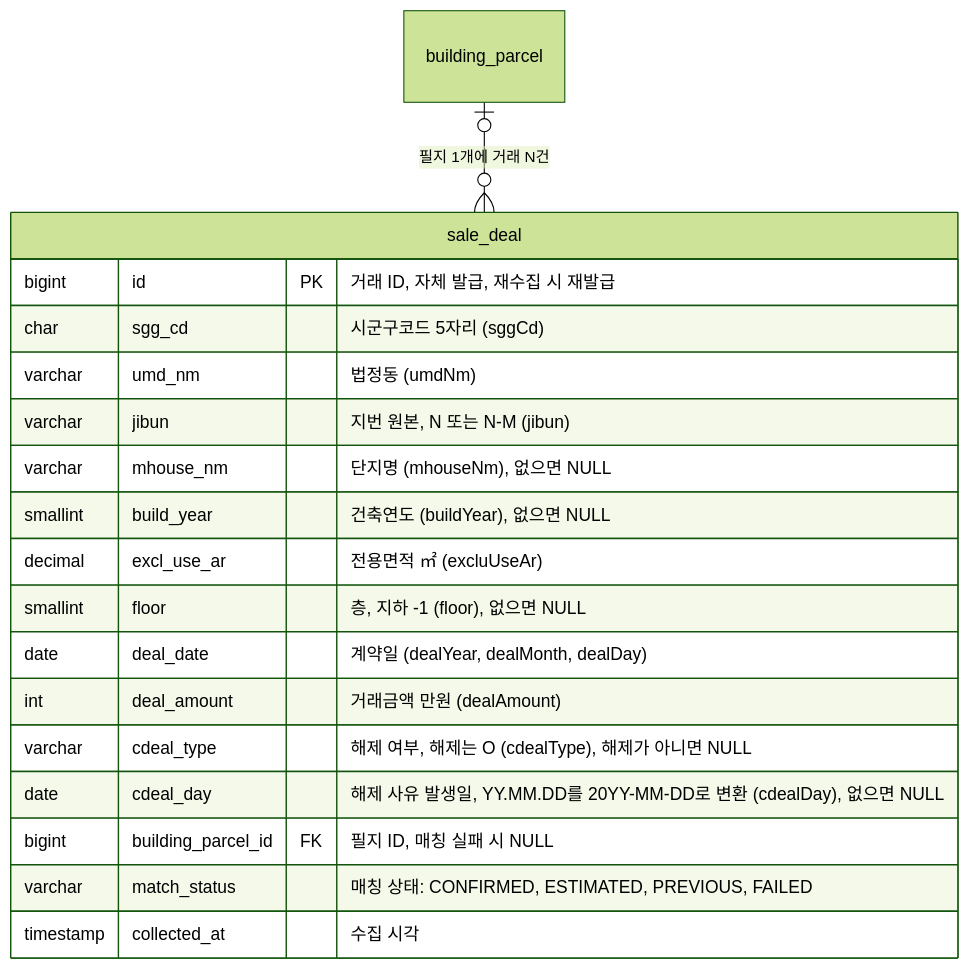
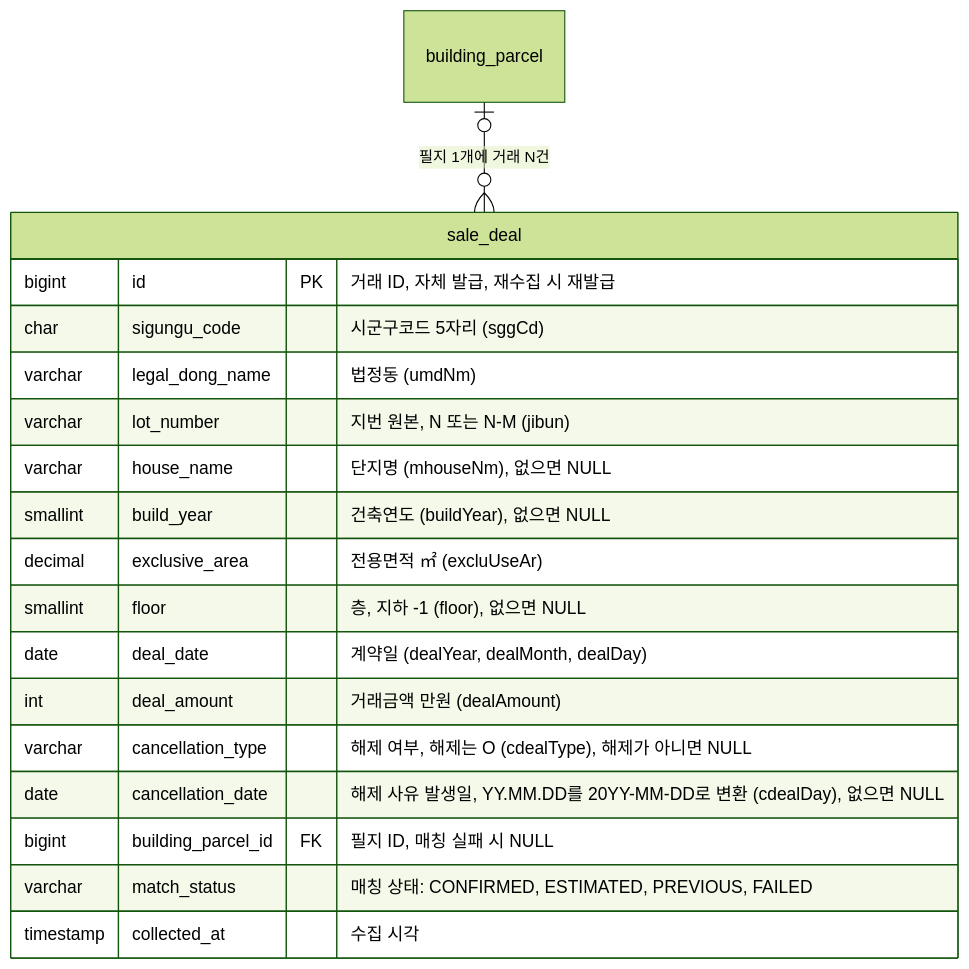
One commit to f-lab-edu/jipsee changed the seventh of 8 diagrams in docs/erd.md. Above: the diagram before and after it, drawn with Mermaid (forest theme). The commit also changed other lines of this file, not shown here.

````diff
--- a/docs/erd.md
+++ b/docs/erd.md
@@ -166,21 +166,21 @@
 ```mermaid
 erDiagram
     building_parcel |o--o{ sale_deal : "필지 1개에 거래 N건"
     sale_deal {
         bigint id PK "거래 ID, 자체 발급, 재수집 시 재발급"
-        char sgg_cd "시군구코드 5자리 (sggCd)"
-        varchar umd_nm "법정동 (umdNm)"
-        varchar jibun "지번 원본, N 또는 N-M (jibun)"
-        varchar mhouse_nm "단지명 (mhouseNm), 없으면 NULL"
+        char sigungu_code "시군구코드 5자리 (sggCd)"
+        varchar legal_dong_name "법정동 (umdNm)"
+        varchar lot_number "지번 원본, N 또는 N-M (jibun)"
+        varchar house_name "단지명 (mhouseNm), 없으면 NULL"
         smallint build_year "건축연도 (buildYear), 없으면 NULL"
-        decimal excl_use_ar "전용면적 ㎡ (excluUseAr)"
+        decimal exclusive_area "전용면적 ㎡ (excluUseAr)"
         smallint floor "층, 지하 -1 (floor), 없으면 NULL"
         date deal_date "계약일 (dealYear, dealMonth, dealDay)"
         int deal_amount "거래금액 만원 (dealAmount)"
-        varchar cdeal_type "해제 여부, 해제는 O (cdealType), 해제가 아니면 NULL"
-        date cdeal_day "해제 사유 발생일, YY.MM.DD를 20YY-MM-DD로 변환 (cdealDay), 없으면 NULL"
+        varchar cancellation_type "해제 여부, 해제는 O (cdealType), 해제가 아니면 NULL"
+        date cancellation_date "해제 사유 발생일, YY.MM.DD를 20YY-MM-DD로 변환 (cdealDay), 없으면 NULL"
         bigint building_parcel_id FK "필지 ID, 매칭 실패 시 NULL"
         varchar match_status "매칭 상태: CONFIRMED, ESTIMATED, PREVIOUS, FAILED"
         timestamp collected_at "수집 시각"
     }
 ```
````
